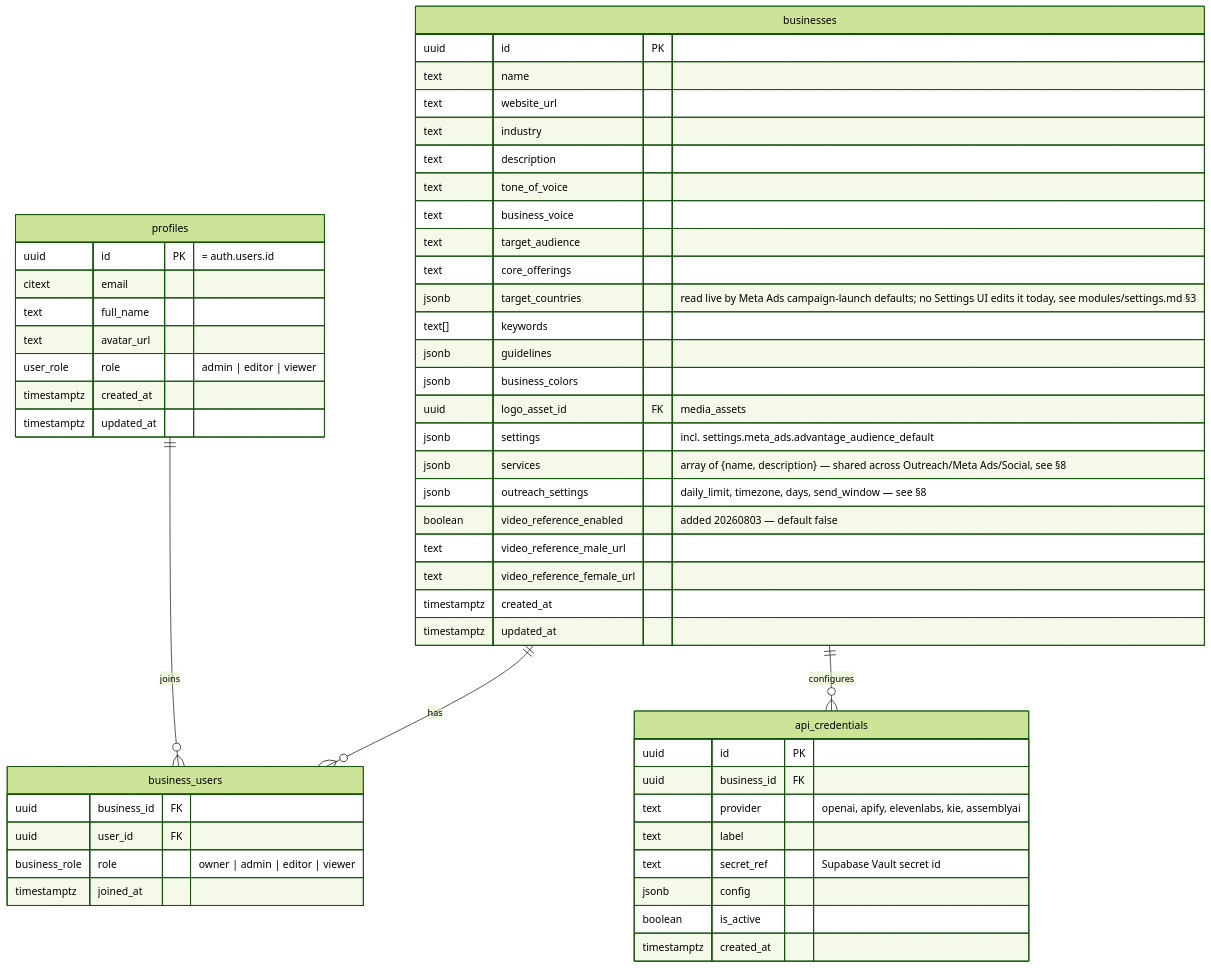
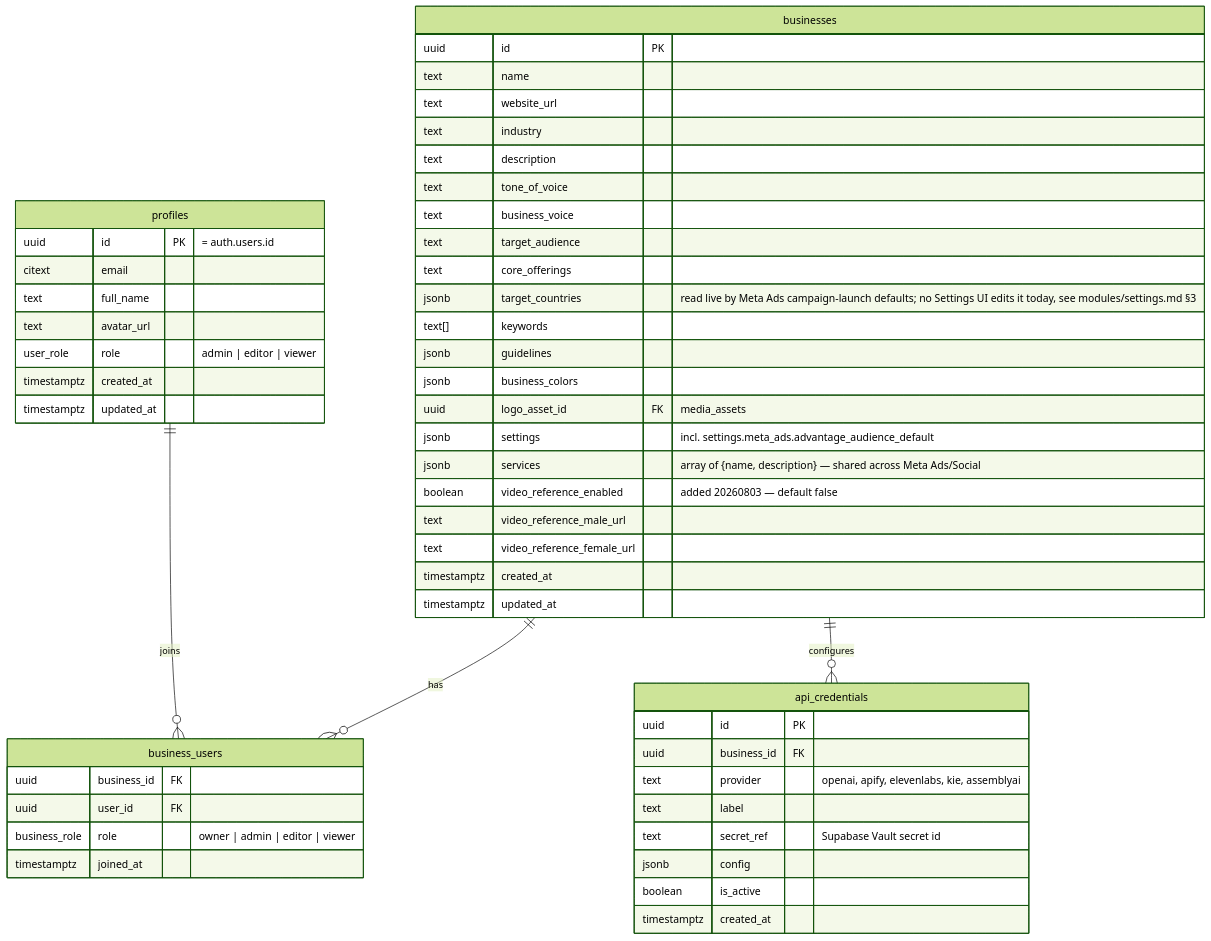
The first of 7 diagrams in docs/architecture/database_schema.md (Aumatic-AI/kangroo-Kinetix), drawn with Mermaid (forest theme) before and after one commit. The commit also changed other lines of this file and 90 other files, not shown here.

````diff
--- a/docs/architecture/database_schema.md
+++ b/docs/architecture/database_schema.md
@@ -19,59 +19,58 @@
 ```mermaid
 erDiagram
     profiles ||--o{ business_users : "joins"
     businesses ||--o{ business_users : "has"
     businesses ||--o{ api_credentials : "configures"
 
     profiles {
         uuid id PK "= auth.users.id"
         citext email
         text full_name
         text avatar_url
         user_role role "admin | editor | viewer"
         timestamptz created_at
         timestamptz updated_at
     }
 
     businesses {
         uuid id PK
         text name
         text website_url
         text industry
         text description
         text tone_of_voice
         text business_voice
         text target_audience
         text core_offerings
         jsonb target_countries "read live by Meta Ads campaign-launch defaults; no Settings UI edits it today, see modules/settings.md §3"
         text[] keywords
         jsonb guidelines
         jsonb business_colors
         uuid logo_asset_id FK "media_assets"
         jsonb settings "incl. settings.meta_ads.advantage_audience_default"
-        jsonb services "array of {name, description} — shared across Outreach/Meta Ads/Social, see §8"
-        jsonb outreach_settings "daily_limit, timezone, days, send_window — see §8"
+        jsonb services "array of {name, description} — shared across Meta Ads/Social"
         boolean video_reference_enabled "added 20260803 — default false"
         text video_reference_male_url
         text video_reference_female_url
         timestamptz created_at
         timestamptz updated_at
     }
 
     business_users {
         uuid business_id FK
         uuid user_id FK
         business_role role "owner | admin | editor | viewer"
         timestamptz joined_at
     }
 
     api_credentials {
         uuid id PK
         uuid business_id FK
         text provider "openai, apify, elevenlabs, kie, assemblyai"
         text label
         text secret_ref "Supabase Vault secret id"
         jsonb config
         boolean is_active
         timestamptz created_at
     }
 ```
````
